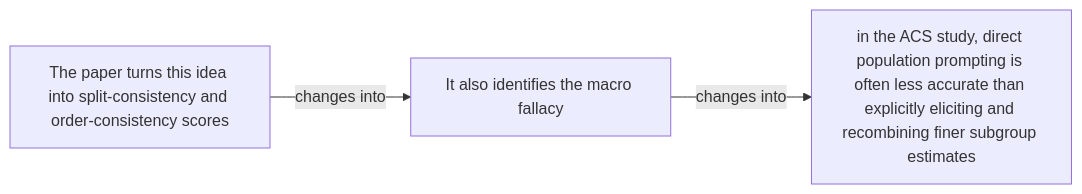
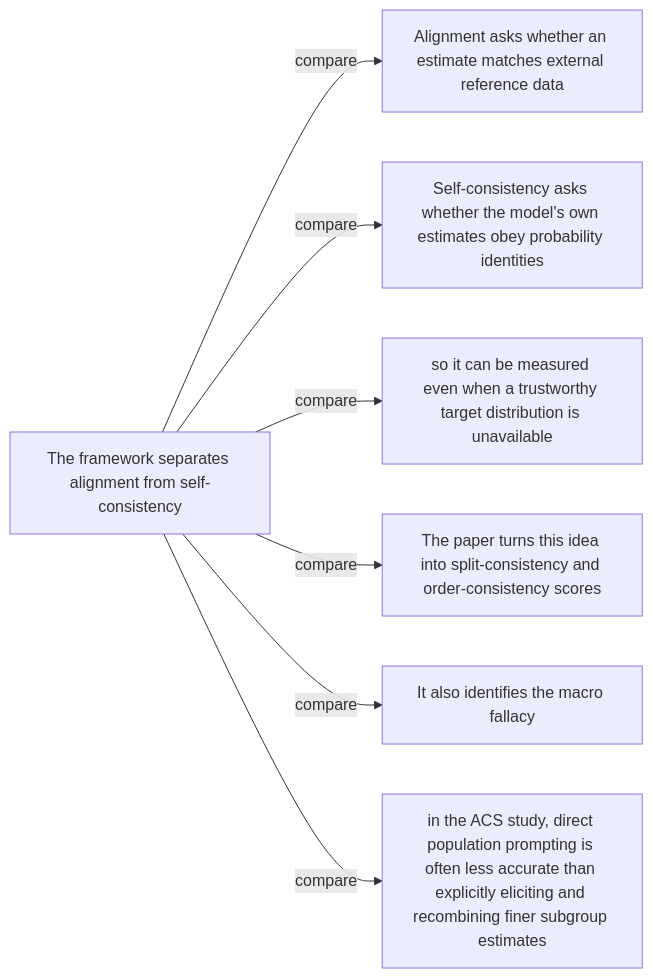
One commit to Betancourt1/paper_atlas changed diagram 12 of 48 in docs/visual-manifests/VISUAL_MANIFEST_PARTITION_PROMPT_AGGREGATE.md. Above: the diagram before and after it, drawn with Mermaid. The commit also changed other lines of this file and 7 other files, not shown here.

````diff
--- a/docs/visual-manifests/VISUAL_MANIFEST_PARTITION_PROMPT_AGGREGATE.md
+++ b/docs/visual-manifests/VISUAL_MANIFEST_PARTITION_PROMPT_AGGREGATE.md
@@ -771,8 +943,16 @@
 ```mermaid
 flowchart LR
-  n1["The paper turns this idea into split-consistency and order-consistency scores"]
-  n2["It also identifies the macro fallacy"]
-  n3["in the ACS study, direct population prompting is often less accurate than explicitly eliciting and recombining finer subgroup estimates"]
-  n1 -->|"changes into"| n2
-  n2 -->|"changes into"| n3
+  n1["The framework separates alignment from self-consistency"]
+  n2["Alignment asks whether an estimate matches external reference data"]
+  n3["Self-consistency asks whether the model's own estimates obey probability identities"]
+  n4["so it can be measured even when a trustworthy target distribution is unavailable"]
+  n5["The paper turns this idea into split-consistency and order-consistency scores"]
+  n6["It also identifies the macro fallacy"]
+  n7["in the ACS study, direct population prompting is often less accurate than explicitly eliciting and recombining finer subgroup estimates"]
+  n1 -->|"compare"| n2
+  n1 -->|"compare"| n3
+  n1 -->|"compare"| n4
+  n1 -->|"compare"| n5
+  n1 -->|"compare"| n6
+  n1 -->|"compare"| n7
 ```
````
